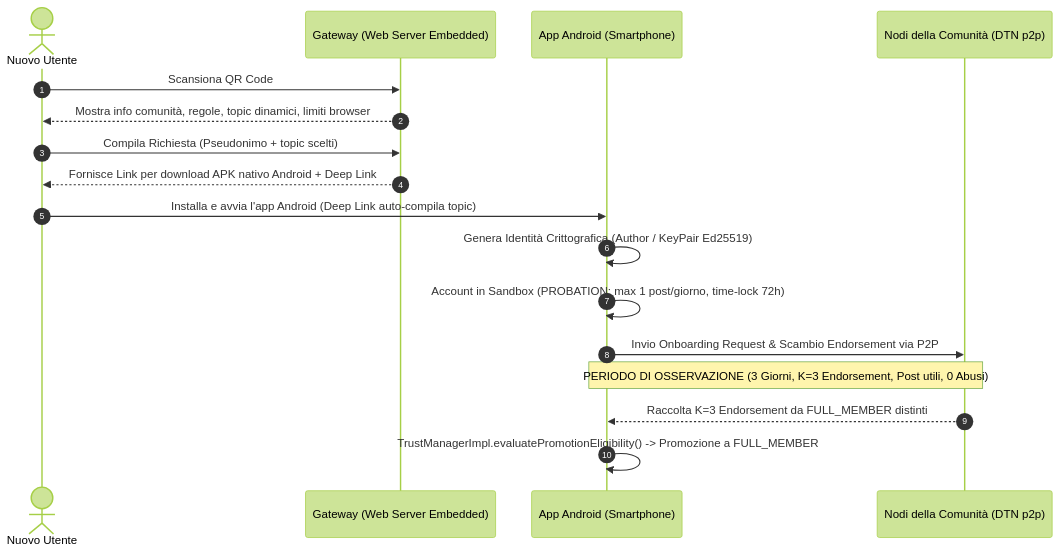
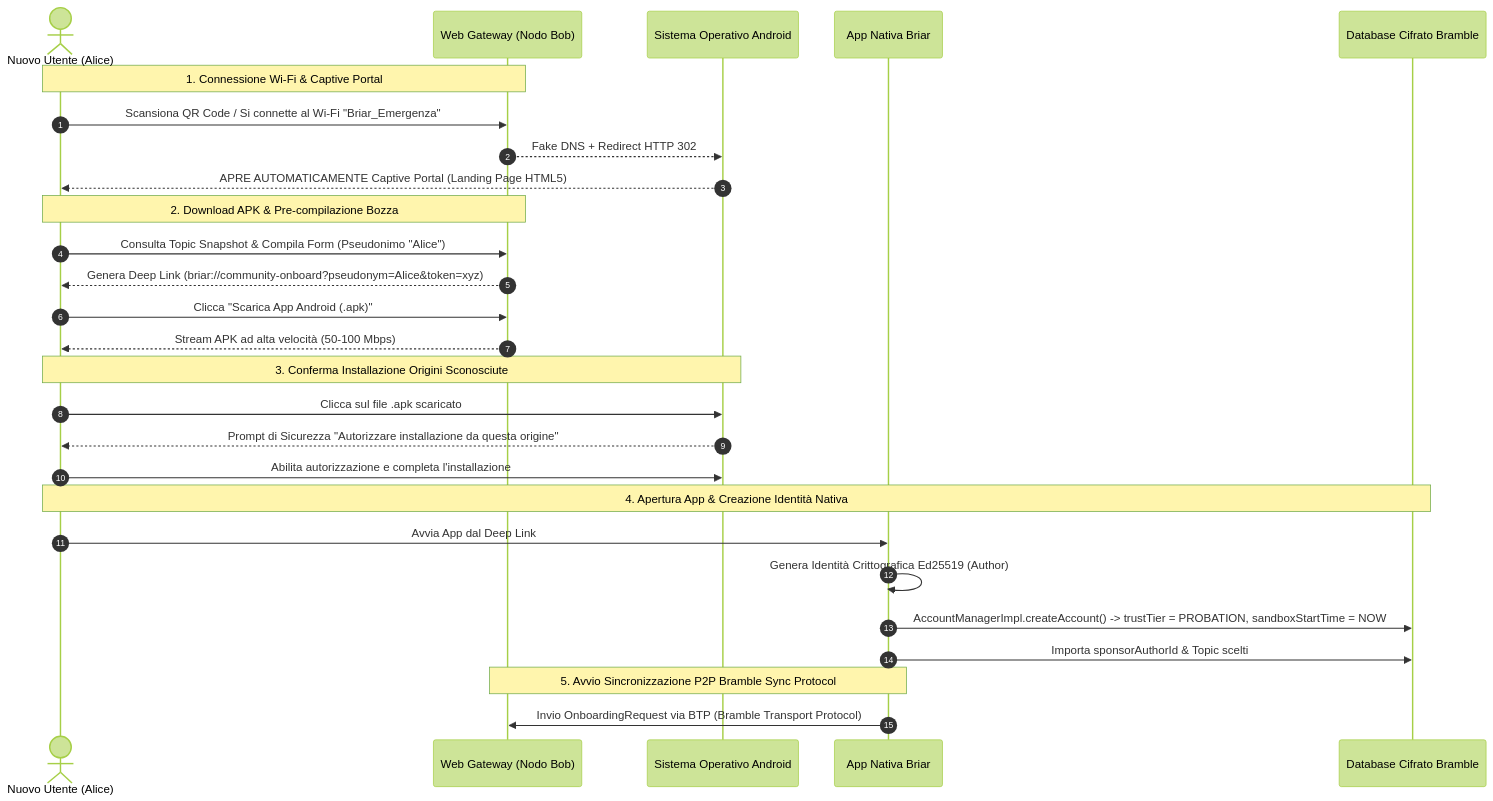
One commit to FrancescoSorini/Progetto-Tesi-Docs changed the diagram in ModificheCodiceBriar/module1_browser_access_and_onboarding.md. Above: the diagram before and after it, drawn with Mermaid (forest theme). The commit also changed other lines of this file and 6 other files, not shown here.

````diff
--- a/ModificheCodiceBriar/module1_browser_access_and_onboarding.md
+++ b/ModificheCodiceBriar/module1_browser_access_and_onboarding.md
@@ -8,26 +80,34 @@
 ```mermaid
 sequenceDiagram
     autonumber
-    actor NuovoUtente as Nuovo Utente
-    participant Gateway as Gateway (Web Server Embedded)
-    participant AppAndroid as App Android (Smartphone)
-    participant NodiComunita as Nodi della Comunità (DTN p2p)
+    actor Alice as Nuovo Utente (Alice)
+    participant Gateway as Web Gateway (Nodo Bob)
+    participant AndroidOS as Sistema Operativo Android
+    participant AppBriar as App Nativa Briar
+    participant BrambleDB as Database Cifrato Bramble
 
-    NuovoUtente->>Gateway: Scansiona QR Code
-    Gateway-->>NuovoUtente: Mostra info comunità, regole, topic dinamici, limiti browser
+    Note over Alice, Gateway: 1. Connessione Wi-Fi & Captive Portal
+    Alice->>Gateway: Scansiona QR Code / Si connette al Wi-Fi "Briar_Emergenza"
+    Gateway-->>AndroidOS: Fake DNS + Redirect HTTP 302
+    AndroidOS-->>Alice: APRE AUTOMATICAMENTE Captive Portal (Landing Page HTML5)
 
-    NuovoUtente->>Gateway: Compila Richiesta (Pseudonimo + topic scelti)
-    Gateway-->>NuovoUtente: Fornisce Link per download APK nativo Android + Deep Link
+    Note over Alice, Gateway: 2. Download APK & Pre-compilazione Bozza
+    Alice->>Gateway: Consulta Topic Snapshot & Compila Form (Pseudonimo "Alice")
+    Gateway-->>Alice: Genera Deep Link (briar://community-onboard?pseudonym=Alice&token=xyz)
+    Alice->>Gateway: Clicca "Scarica App Android (.apk)"
+    Gateway-->>Alice: Stream APK ad alta velocità (50-100 Mbps)
 
-    NuovoUtente->>AppAndroid: Installa e avvia l'app Android (Deep Link auto-compila topic)
-    
-    AppAndroid->>AppAndroid: Genera Identità Crittografica (Author / KeyPair Ed25519)
-    AppAndroid->>AppAndroid: Account in Sandbox (PROBATION: max 1 post/giorno, time-lock 72h)
+    Note over Alice, AndroidOS: 3. Conferma Installazione Origini Sconosciute
+    Alice->>AndroidOS: Clicca sul file .apk scaricato
+    AndroidOS-->>Alice: Prompt di Sicurezza "Autorizzare installazione da questa origine"
+    Alice->>AndroidOS: Abilita autorizzazione e completa l'installazione
 
-    AppAndroid->>NodiComunita: Invio Onboarding Request & Scambio Endorsement via P2P
-    
-    Note over AppAndroid, NodiComunita: PERIODO DI OSSERVAZIONE (3 Giorni, K=3 Endorsement, Post utili, 0 Abusi)
-    
-    NodiComunita-->>AppAndroid: Raccolta K=3 Endorsement da FULL_MEMBER distinti
-    AppAndroid->>AppAndroid: TrustManagerImpl.evaluatePromotionEligibility() -> Promozione a FULL_MEMBER
+    Note over Alice, BrambleDB: 4. Apertura App & Creazione Identità Nativa
+    Alice->>AppBriar: Avvia App dal Deep Link
+    AppBriar->>AppBriar: Genera Identità Crittografica Ed25519 (Author)
+    AppBriar->>BrambleDB: AccountManagerImpl.createAccount() -> trustTier = PROBATION, sandboxStartTime = NOW
+    AppBriar->>BrambleDB: Importa sponsorAuthorId & Topic scelti
+
+    Note over AppBriar, Gateway: 5. Avvio Sincronizzazione P2P Bramble Sync Protocol
+    AppBriar->>Gateway: Invio OnboardingRequest via BTP (Bramble Transport Protocol)
 ```
````
